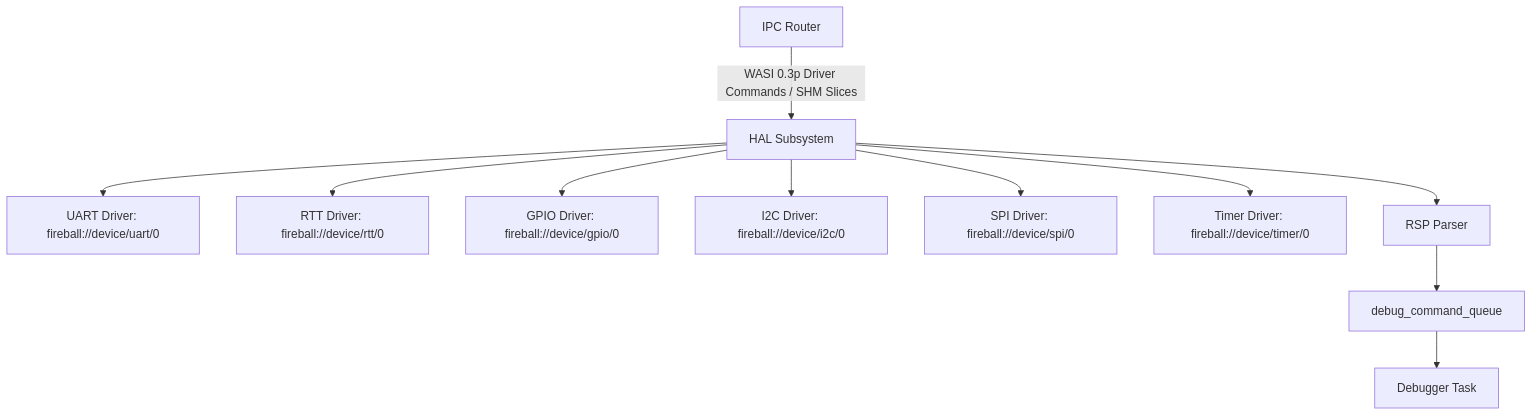
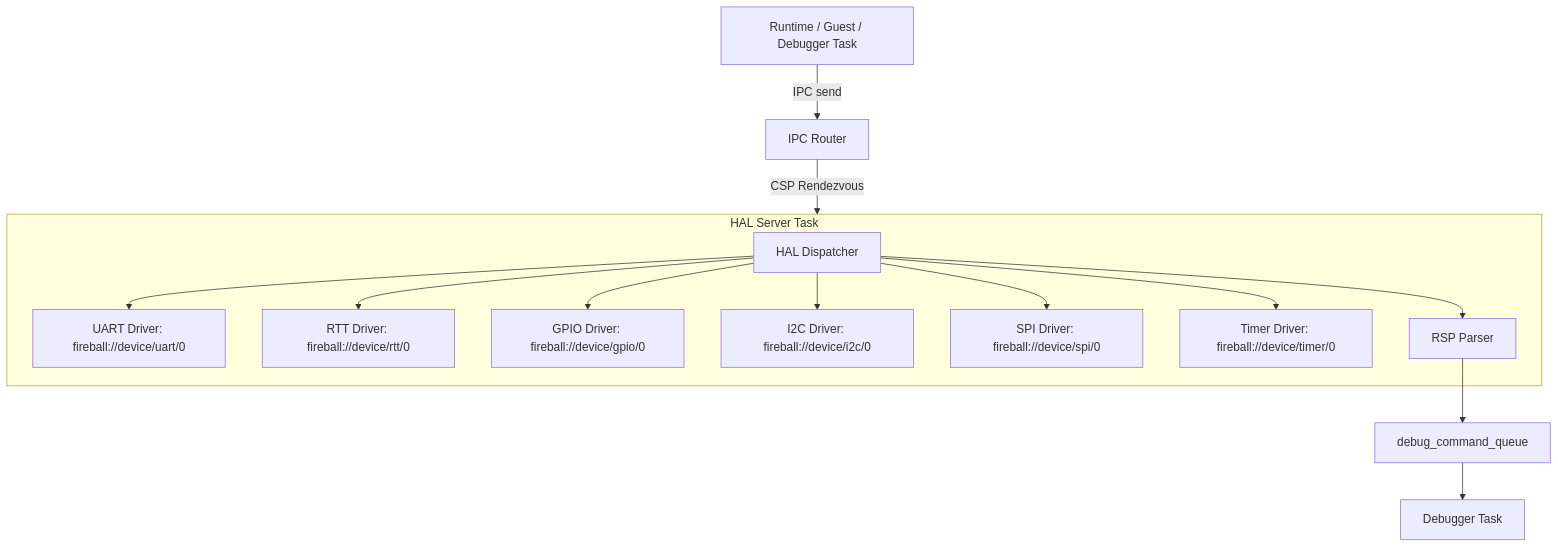
One commit to kmt-t/fireball changed the first of 3 diagrams in docs/components/tier3_platform/platform_hal.md. Above: the diagram before and after it, drawn with Mermaid. The commit also changed other lines of this file and 7 other files, not shown here.

Commit message:
feat(hal): transform HAL into an independent COOS task communicating strictly via IPC rendezvous

````diff
--- a/docs/components/tier3_platform/platform_hal.md
+++ b/docs/components/tier3_platform/platform_hal.md
@@ -24,13 +24,17 @@
 ```mermaid
 graph TD
-    IPCR[IPC Router] -->|WASI 0.3p Driver Commands / SHM Slices| HAL[HAL Subsystem]
-    HAL --> UART[UART Driver: fireball://device/uart/0]
-    HAL --> RTT[RTT Driver: fireball://device/rtt/0]
-    HAL --> GPIO[GPIO Driver: fireball://device/gpio/0]
-    HAL --> I2C[I2C Driver: fireball://device/i2c/0]
-    HAL --> SPI[SPI Driver: fireball://device/spi/0]
-    HAL --> Timer[Timer Driver: fireball://device/timer/0]
-    HAL --> RSP[RSP Parser]
+    Client[Runtime / Guest / Debugger Task] -->|IPC send| IPCR[IPC Router]
+    IPCR -->|CSP Rendezvous| HALT[HAL Task: hal_task on COOS]
+    subgraph HALT [HAL Server Task]
+        HAL[HAL Dispatcher]
+        HAL --> UART[UART Driver: fireball://device/uart/0]
+        HAL --> RTT[RTT Driver: fireball://device/rtt/0]
+        HAL --> GPIO[GPIO Driver: fireball://device/gpio/0]
+        HAL --> I2C[I2C Driver: fireball://device/i2c/0]
+        HAL --> SPI[SPI Driver: fireball://device/spi/0]
+        HAL --> Timer[Timer Driver: fireball://device/timer/0]
+        HAL --> RSP[RSP Parser]
+    end
     RSP --> Queue[debug_command_queue]
     Queue --> Debugger[Debugger Task]
 ```
````
